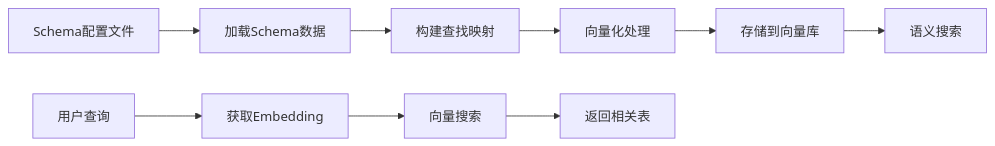
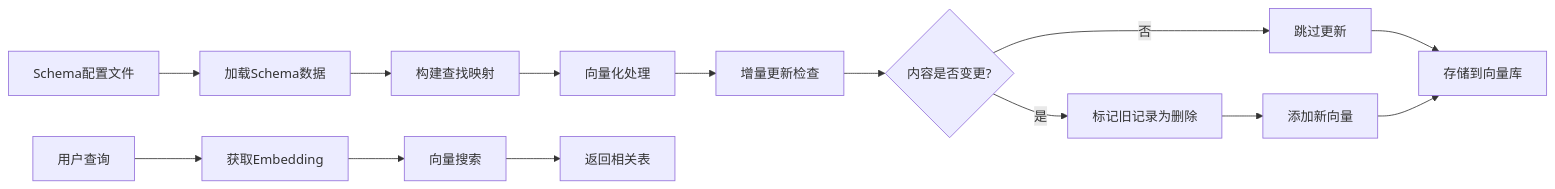
Before and after one commit to HanHuiOnLine/724-office: the fourth of 6 diagrams in .qoder/repowiki/zh/content/核心模块详解/NL2SQL自然语言到SQL系统/NL2SQL长期记忆系统.md, drawn with Mermaid. The commit also changed other lines of this file and 7 other files, not shown here.

````diff
--- a/.qoder/repowiki/zh/content/核心模块详解/NL2SQL自然语言到SQL系统/NL2SQL长期记忆系统.md
+++ b/.qoder/repowiki/zh/content/核心模块详解/NL2SQL自然语言到SQL系统/NL2SQL长期记忆系统.md
@@ -330,11 +404,16 @@
 ```mermaid
 flowchart LR
 A[Schema配置文件] --> B[加载Schema数据]
 B --> C[构建查找映射]
 C --> D[向量化处理]
-D --> E[存储到向量库]
-E --> F[语义搜索]
-G[用户查询] --> H[获取Embedding]
-H --> I[向量搜索]
-I --> J[返回相关表]
+D --> E[增量更新检查]
+E --> F{内容是否变更?}
+F --> |否| G[跳过更新]
+F --> |是| H[标记旧记录为删除]
+H --> I[添加新向量]
+G --> J[存储到向量库]
+I --> J
+K[用户查询] --> L[获取Embedding]
+L --> M[向量搜索]
+M --> N[返回相关表]
 ```
````
